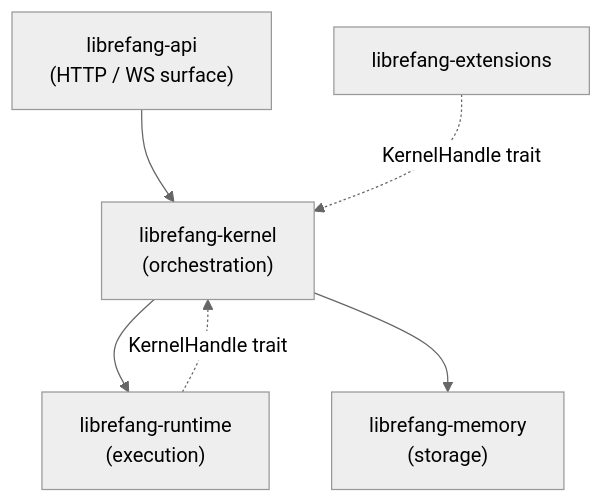
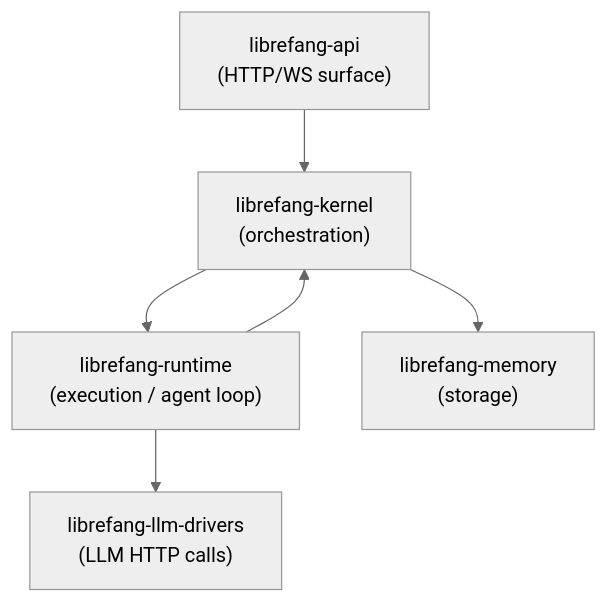
One commit to leszek3737/librefang-WIki changed the diagram in other-librefang-kernel.md. Above: the diagram before and after it, drawn with Mermaid (neutral theme). The commit also changed other lines of this file and 119 other files, not shown here.

````diff
--- a/other-librefang-kernel.md
+++ b/other-librefang-kernel.md
@@ -9,13 +9,13 @@
 ```mermaid
 graph TD
-    API["librefang-api<br/>(HTTP / WS surface)"]
-    KERNEL["librefang-kernel<br/>(orchestration)"]
-    RUNTIME["librefang-runtime<br/>(execution)"]
-    MEMORY["librefang-memory<br/>(storage)"]
-    EXT["librefang-extensions"]
-    API --> KERNEL
-    KERNEL --> RUNTIME
-    KERNEL --> MEMORY
-    RUNTIME -.->|KernelHandle trait| KERNEL
-    EXT -.->|KernelHandle trait| KERNEL
+    API["librefang-api<br/>(HTTP/WS surface)"]
+    KERN["librefang-kernel<br/>(orchestration)"]
+    RT["librefang-runtime<br/>(execution / agent loop)"]
+    MEM["librefang-memory<br/>(storage)"]
+    DRV["librefang-llm-drivers<br/>(LLM HTTP calls)"]
+    API --> KERN
+    RT --> KERN
+    KERN --> MEM
+    KERN --> RT
+    RT --> DRV
 ```
````
